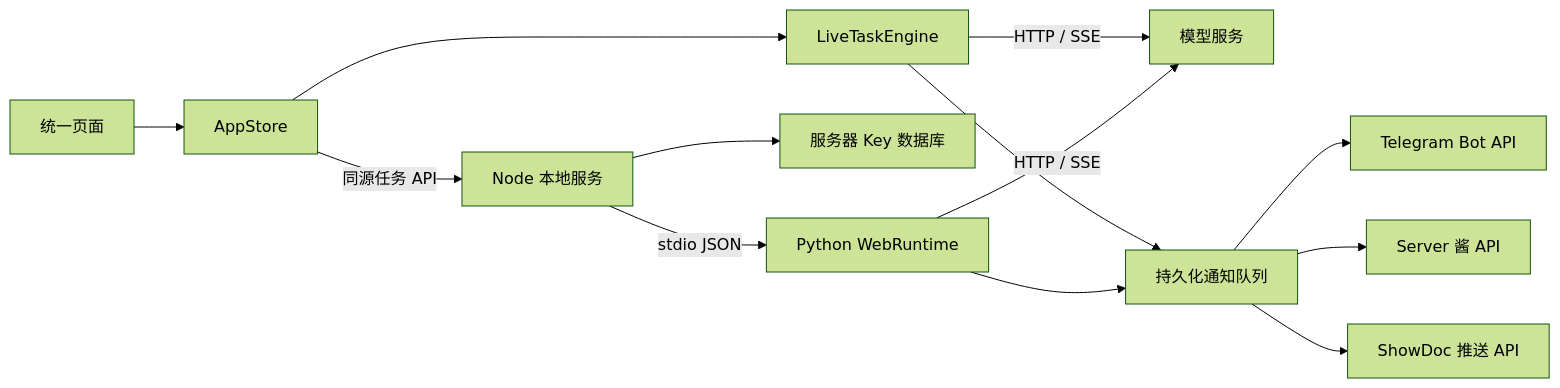
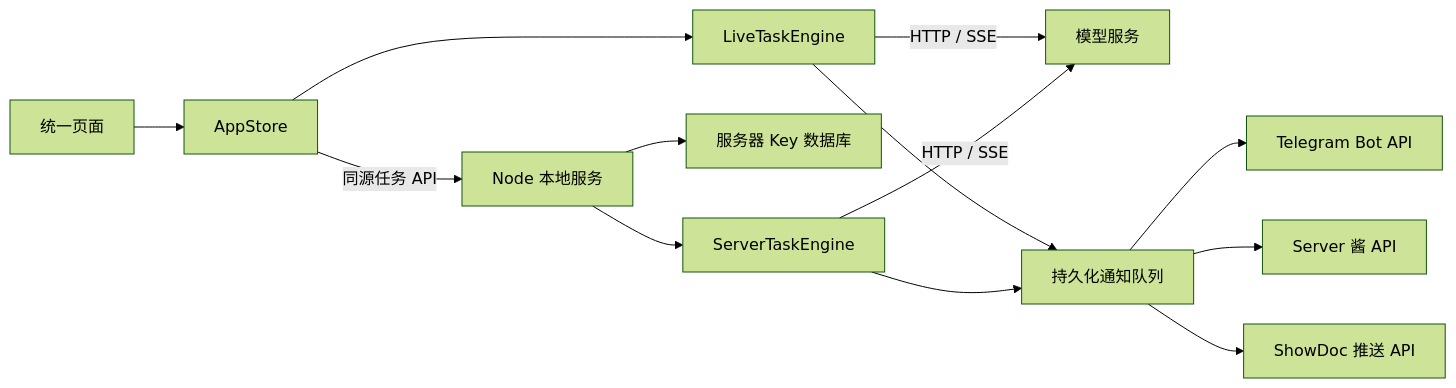
One commit to CutelyRose/codex_keepalive_v20 changed the diagram in any/TECHNICAL.md. Above: the diagram before and after it, drawn with Mermaid (forest theme). The commit also changed other lines of this file and 32 other files, not shown here.

First line of the commit message:
refactor: 将服务端调度从 Python 合并进 Node

````diff
--- a/any/TECHNICAL.md
+++ b/any/TECHNICAL.md
@@ -7,15 +7,15 @@
 ```mermaid
 flowchart LR
   UI[统一页面] --> Store[AppStore]
   Store --> Browser[LiveTaskEngine]
   Browser -->|HTTP / SSE| API[模型服务]
   Store -->|同源任务 API| Node[Node 本地服务]
   Node --> Keys[服务器 Key 数据库]
-  Node -->|stdio JSON| Python[Python WebRuntime]
-  Python -->|HTTP / SSE| API
+  Node --> Server[ServerTaskEngine]
+  Server -->|HTTP / SSE| API
   Browser --> Notice[持久化通知队列]
-  Python --> Notice
+  Server --> Notice
   Notice --> Telegram[Telegram Bot API]
   Notice --> ServerChan[Server 酱 API]
   Notice --> ShowDoc[ShowDoc 推送 API]
 ```
````
